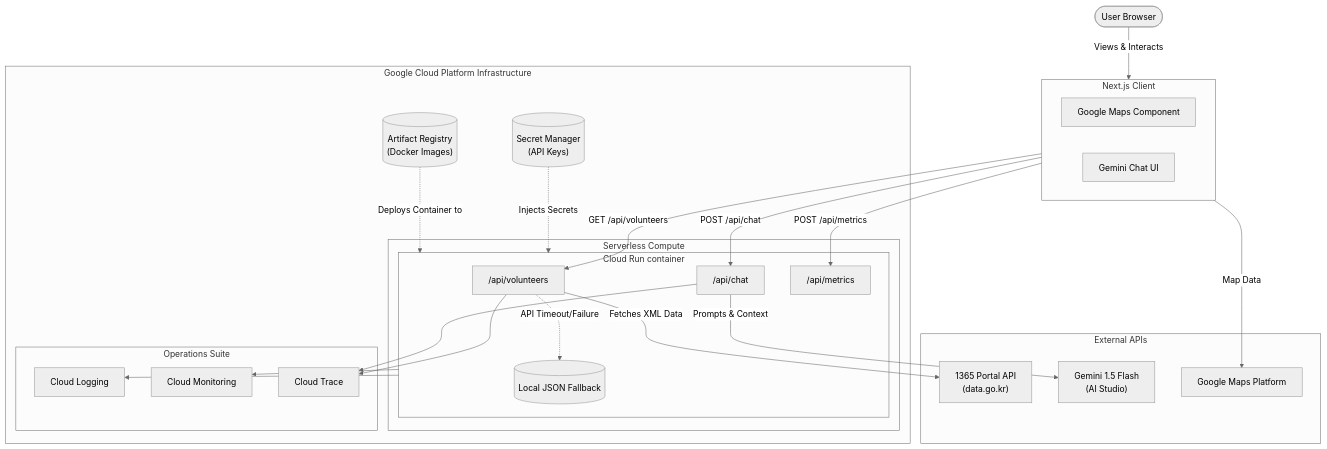
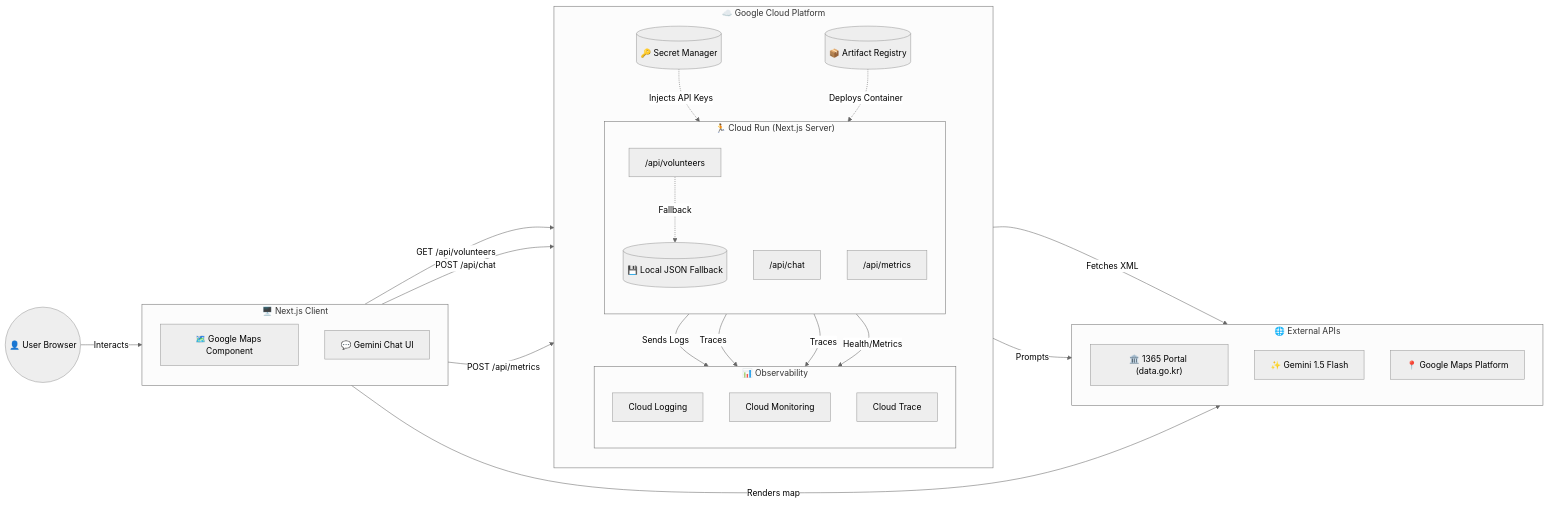
The diagram in README.md (bbb1293/volunteer-map-korea), drawn with Mermaid (neutral theme) before and after one commit.

Commit message:
docs: beautify mermaid diagram with LR flow and emojis

````diff
--- a/README.md
+++ b/README.md
@@ -29,54 +29,63 @@
 ```mermaid
-graph TD
-    User([User Browser])
+graph LR
+    %% Define User
+    User(("👤 User Browser"))
     
-    subgraph Frontend [Next.js Client]
-        Map[Google Maps Component]
-        ChatUI[Gemini Chat UI]
+    %% Frontend Subgraph
+    subgraph Frontend ["🖥️ Next.js Client"]
+        direction TB
+        Map["🗺️ Google Maps Component"]
+        ChatUI["💬 Gemini Chat UI"]
     end
     
-    subgraph GCP_Infra [Google Cloud Platform Infrastructure]
-        subgraph Compute [Serverless Compute]
-            subgraph CloudRun [Cloud Run container]
-                API_Volunteers["/api/volunteers"]
-                API_Chat["/api/chat"]
-                API_Metrics["/api/metrics"]
-                Cache[("Local JSON Fallback")]
-            end
+    %% GCP Infrastructure Subgraph
+    subgraph GCP ["☁️ Google Cloud Platform"]
+        direction TB
+        subgraph CloudRun ["🏃 Cloud Run (Next.js Server)"]
+            direction TB
+            API_Vol["/api/volunteers"]
+            API_Chat["/api/chat"]
+            API_Met["/api/metrics"]
+            Cache[("💾 Local JSON Fallback")]
         end
         
-        SecretManager[("Secret Manager<br/>(API Keys)")]
-        ArtifactRegistry[("Artifact Registry<br/>(Docker Images)")]
-        
-        subgraph Observability [Operations Suite]
-            Logging["Cloud Logging"]
-            Monitoring["Cloud Monitoring"]
+        subgraph Ops ["📊 Observability"]
+            direction TB
+            Log["Cloud Logging"]
+            Mon["Cloud Monitoring"]
             Trace["Cloud Trace"]
         end
+        
+        Sec[("🔑 Secret Manager")]
+        Art[("📦 Artifact Registry")]
     end
     
-    subgraph External_Services [External APIs]
-        GovAPI["1365 Portal API<br/>(data.go.kr)"]
-        Gemini["Gemini 1.5 Flash<br/>(AI Studio)"]
-        GoogleMapsAPI["Google Maps Platform"]
+    %% External APIs Subgraph
+    subgraph External ["🌐 External APIs"]
+        direction TB
+        Gov["🏛️ 1365 Portal (data.go.kr)"]
+        Gem["✨ Gemini 1.5 Flash"]
+        GMap["📍 Google Maps Platform"]
     end
     
-    User -->|Views & Interacts| Frontend
-    Frontend -- Map Data --> GoogleMapsAPI
+    %% Flow & Connections
+    User -->|"Interacts"| Frontend
     
-    Frontend -- GET /api/volunteers --> API_Volunteers
-    Frontend -- POST /api/chat --> API_Chat
-    Frontend -- POST /api/metrics --> API_Metrics
+    Map -->|"Renders map"| GMap
+    Map -->|"GET /api/volunteers"| API_Vol
+    ChatUI -->|"POST /api/chat"| API_Chat
+    Frontend -->|"POST /api/metrics"| API_Met
     
-    SecretManager -. Injects Secrets .-> CloudRun
-    ArtifactRegistry -. Deploys Container to .-> CloudRun
+    API_Vol -->|"Fetches XML"| Gov
+    API_Vol -.->|"Fallback"| Cache
     
-    API_Volunteers -- Fetches XML Data --> GovAPI
-    API_Volunteers -. API Timeout/Failure .-> Cache
-    API_Chat -- Prompts & Context --> Gemini
+    API_Chat -->|"Prompts"| Gem
     
-    CloudRun --> Logging
-    CloudRun --> Monitoring
-    API_Volunteers --> Trace
-    API_Chat --> Trace
+    Sec -.->|"Injects API Keys"| CloudRun
+    Art -.->|"Deploys Container"| CloudRun
+    
+    API_Met -->|"Sends Logs"| Log
+    API_Vol -->|"Traces"| Trace
+    API_Chat -->|"Traces"| Trace
+    CloudRun -->|"Health/Metrics"| Mon
 ```
````
